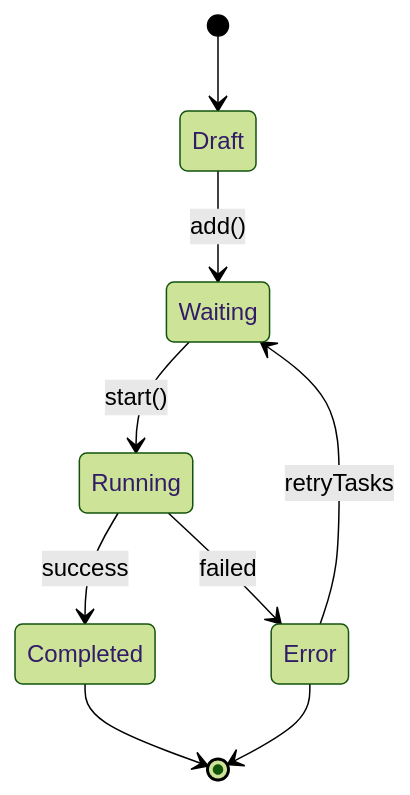
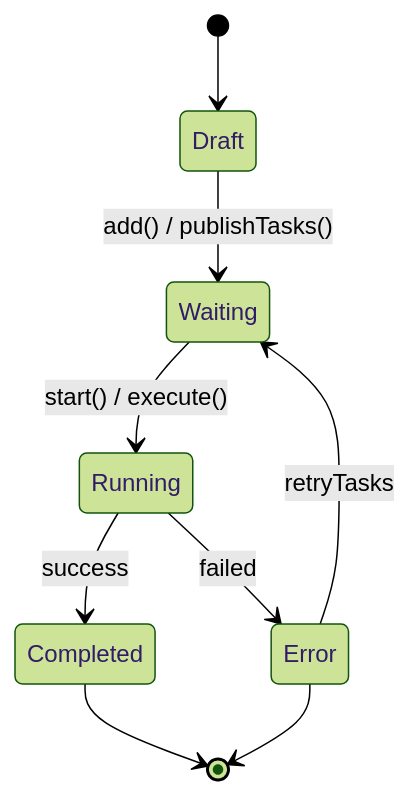
The fourth of 4 diagrams in README.md (2noScript/kernel-script), drawn with Mermaid (forest theme) before and after one commit. The commit also changed other lines of this file and 3 other files, not shown here.

Commit message:
refactor: simplify library API by replacing setupKernelScript with bootstrap and updating documentation with architecture diagrams

````diff
--- a/README.md
+++ b/README.md
@@ -177,11 +163,11 @@
 ```mermaid
 stateDiagram-v2
     [*] --> Draft
-    Draft --> Waiting: add()
-    Waiting --> Running: start()
+    Draft --> Waiting: add() / publishTasks()
+    Waiting --> Running: start() / execute()
     Running --> Completed: success
     Running --> Error: failed
     Error --> Waiting: retryTasks
     Completed --> [*]
     Error --> [*]
 ```
````
